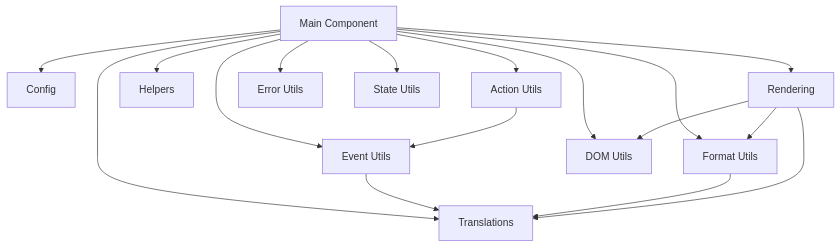
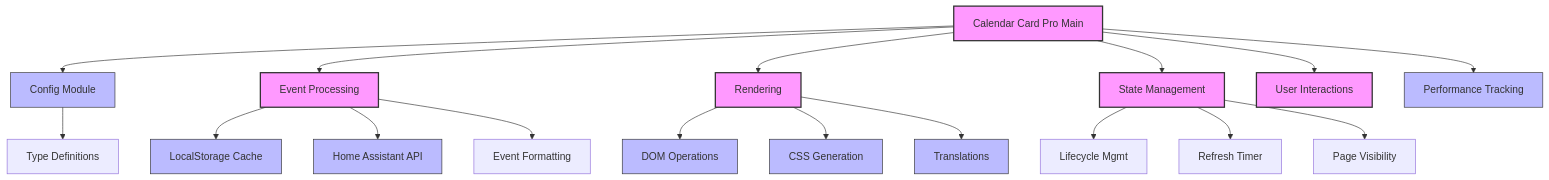
The diagram in docs/architecture.md (sancons20/calendar-card-pro), drawn with Mermaid before and after one commit. The commit also changed other lines of this file and 1 other file, not shown here.

Commit message:
documentation: update architecture.md and README.md to reflect configurable caching and updated modularization

````diff
--- a/docs/architecture.md
+++ b/docs/architecture.md
@@ -77,19 +77,36 @@
 ```mermaid
 graph TD
-    A[Main Component] --> B[Config]
-    A --> C[Translations]
-    A --> D[Event Utils]
-    A --> E[Format Utils]
-    A --> F[Action Utils]
-    A --> G[Helpers]
-    A --> H[Rendering]
-    A --> I[DOM Utils]
-    A --> J[Error Utils]
-    A --> K[State Utils]
-    D --> C
-    E --> C
-    H --> E
-    H --> I
-    H --> C
-    F --> D
+    Main[Calendar Card Pro Main] --> Config[Config Module]
+    Main --> Events[Event Processing]
+    Main --> Render[Rendering]
+    Main --> State[State Management]
+    Main --> Actions[User Interactions]
+
+    %% Config relationships
+    Config --> Types[Type Definitions]
+
+    %% Event processing relationships
+    Events --> Cache[LocalStorage Cache]
+    Events --> API[Home Assistant API]
+    Events --> Format[Event Formatting]
+
+    %% Rendering relationships
+    Render --> DOM[DOM Operations]
+    Render --> Styles[CSS Generation]
+    Render --> I18n[Translations]
+
+    %% State relationships
+    State --> Lifecycle[Lifecycle Mgmt]
+    State --> Refresh[Refresh Timer]
+    State --> Visibility[Page Visibility]
+
+    %% Feature relationships
+    Main --> Performance[Performance Tracking]
+
+    %% Design notes
+    classDef core fill:#f9f,stroke:#333,stroke-width:2px
+    classDef util fill:#bbf,stroke:#333,stroke-width:1px
+
+    class Main,Events,Render,State,Actions core
+    class Config,Cache,API,DOM,Styles,I18n,Performance util
 ```
````
